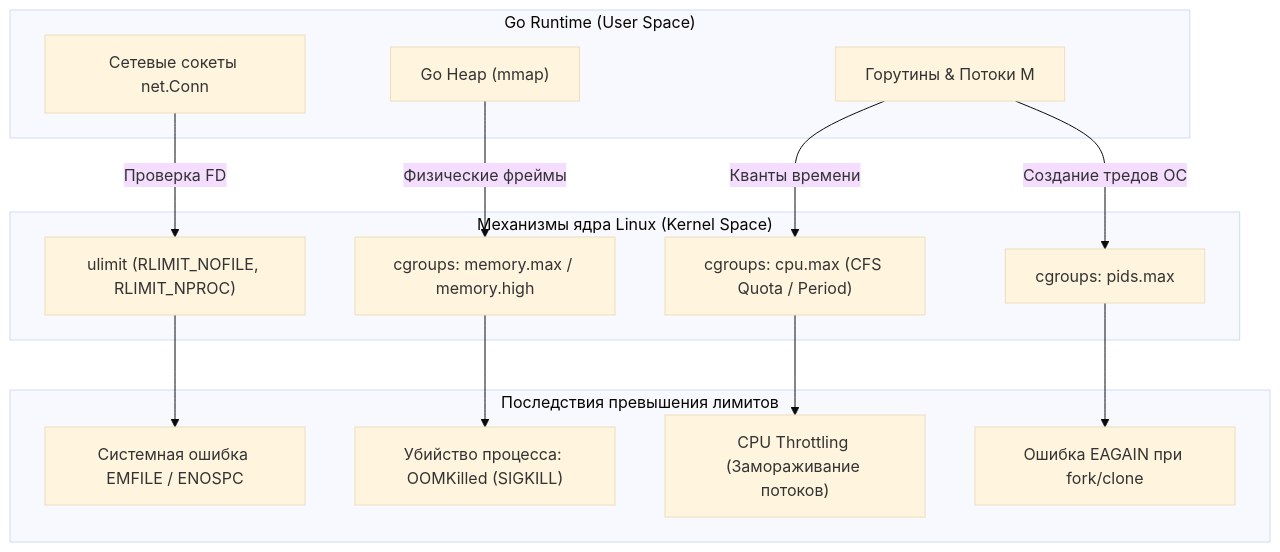
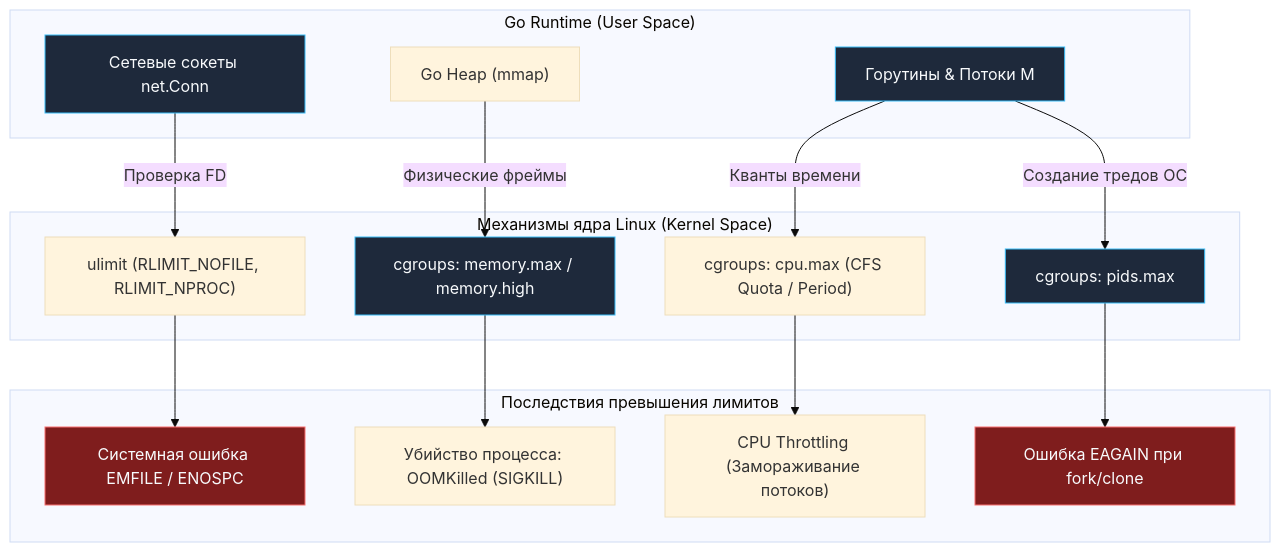
The first of 2 diagrams in sources/2. Устройство и работа ОС/52. Ограничения ОС. ulimit, cgroups, quotas.md (UnrealTemplier/go-textbook), drawn with Mermaid (base theme) before and after one commit. The commit also changed other lines of this file and 1666 other files, not shown here.

First line of the commit message:
feat(mermaid): add semantic color classDef to 1369 colorless flowchart/graph diagrams

````diff
--- a/sources/2. Устройство и работа ОС/52. Ограничения ОС. ulimit, cgroups, quotas.md
+++ b/sources/2. Устройство и работа ОС/52. Ограничения ОС. ulimit, cgroups, quotas.md
@@ -21,27 +21,37 @@
 ```mermaid
 flowchart TD
+    classDef process  fill:#1e293b,stroke:#38bdf8,stroke-width:1px,color:#f8fafc
+    classDef success  fill:#064e3b,stroke:#34d399,stroke-width:1px,color:#f8fafc
+    classDef error    fill:#7f1d1d,stroke:#f87171,stroke-width:1px,color:#f8fafc
+    classDef warning  fill:#78350f,stroke:#fbbf24,stroke-width:1px,color:#f8fafc
+    classDef entry    fill:#1e3a5f,stroke:#38bdf8,stroke-width:2px,color:#f8fafc
+    classDef aux      fill:#334155,stroke:#64748b,stroke-width:1px,color:#f8fafc
+    classDef system   fill:#312e81,stroke:#a78bfa,stroke-width:1px,color:#f8fafc
+    classDef data     fill:#132d29,stroke:#2dd4bf,stroke-width:1px,color:#f8fafc
+    classDef network  fill:#881337,stroke:#fb7185,stroke-width:1px,color:#f8fafc
+    classDef accent   fill:#1e1b4b,stroke:#818cf8,stroke-width:1px,color:#f8fafc
     subgraph GoApp["Go Runtime (User Space)"]
         Heap["Go Heap (mmap)"]
-        Routines["Горутины & Потоки M"]
-        Sockets["Сетевые сокеты net.Conn"]
+        Routines["Горутины & Потоки M"]:::process
+        Sockets["Сетевые сокеты net.Conn"]:::process
     end
 
     subgraph KernelEnforcement["Механизмы ядра Linux (Kernel Space)"]
         RLim["ulimit (RLIMIT_NOFILE, RLIMIT_NPROC)"]
-        CGMem["cgroups: memory.max / memory.high"]
+        CGMem["cgroups: memory.max / memory.high"]:::process
         CGCPU["cgroups: cpu.max (CFS Quota / Period)"]
-        CGPid["cgroups: pids.max"]
+        CGPid["cgroups: pids.max"]:::process
     end
 
     subgraph Consequences["Последствия превышения лимитов"]
-        EMFILE["Системная ошибка EMFILE / ENOSPC"]
+        EMFILE["Системная ошибка EMFILE / ENOSPC"]:::error
         OOM["Убийство процесса: OOMKilled (SIGKILL)"]
         Throttle["CPU Throttling (Замораживание потоков)"]
-        EAGAIN["Ошибка EAGAIN при fork/clone"]
+        EAGAIN["Ошибка EAGAIN при fork/clone"]:::error
     end
 
     Sockets -->|"Проверка FD"| RLim --> EMFILE
     Heap -->|"Физические фреймы"| CGMem --> OOM
     Routines -->|"Кванты времени"| CGCPU --> Throttle
     Routines -->|"Создание тредов ОС"| CGPid --> EAGAIN
 ```
````
